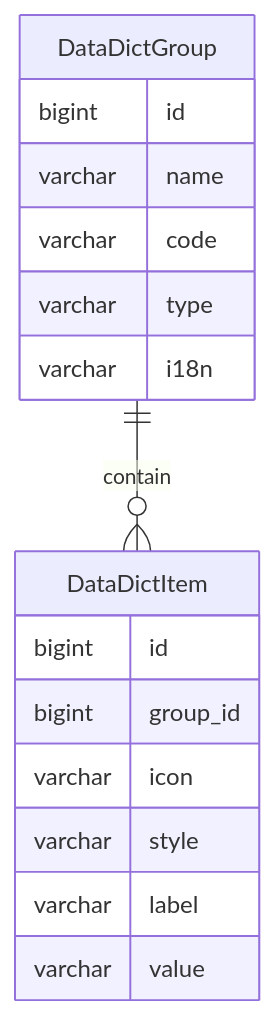
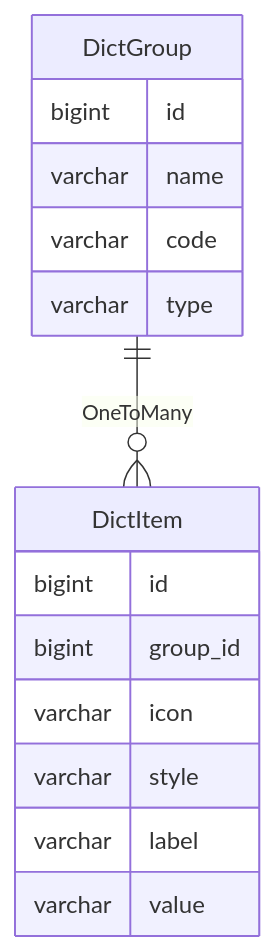
Before and after one commit to mrzhqiang/rowing: the diagram in docs/develop/3.dict.md, drawn with Mermaid. The commit also changed other lines of this file and 60 other files, not shown here.

````diff
--- a/docs/develop/3.dict.md
+++ b/docs/develop/3.dict.md
@@ -45,19 +51,18 @@
 ```mermaid
 erDiagram
-    DataDictGroup ||--o{ DataDictItem : contain
-    DataDictGroup {
+    DictGroup ||--o{ DictItem : OneToMany
+    DictGroup {
         bigint id
         varchar name
         varchar code
         varchar type
-        varchar i18n
     }
-    DataDictItem {
+    DictItem {
         bigint id
         bigint group_id
         varchar icon
         varchar style
         varchar label
         varchar value
     }
 ```
````
